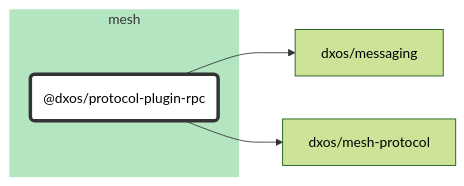
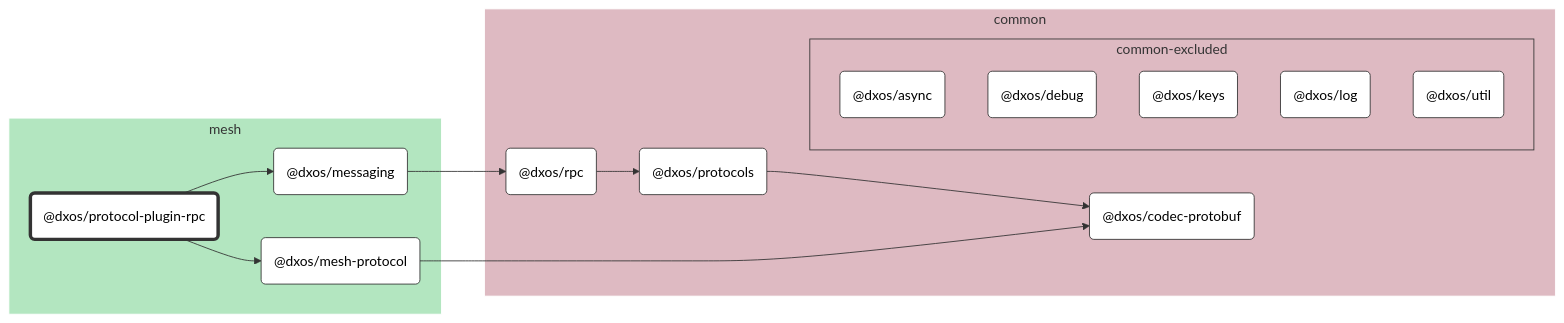
Before and after one commit to dxos/dxos: the diagram in packages/mesh/protocol-plugin-rpc/docs/README.md, drawn with Mermaid (forest theme). The commit also changed 69 other files, not shown here.

````diff
--- a/packages/mesh/protocol-plugin-rpc/docs/README.md
+++ b/packages/mesh/protocol-plugin-rpc/docs/README.md
@@ -7,22 +7,54 @@
 ```mermaid
 %%{ init: {'flowchart':{'curve':'basis'}} }%%
 
 flowchart LR
 
 %% Classes
 classDef def fill:#fff,stroke:#333,stroke-width:1px
 classDef root fill:#fff,stroke:#333,stroke-width:4px
 
 %% Nodes
 
 subgraph mesh [mesh]
   style mesh fill:#b3e6c0,stroke:#fff
   dxos/protocol-plugin-rpc("@dxos/protocol-plugin-rpc"):::root
   click dxos/protocol-plugin-rpc "dxos/dxos/tree/main/packages/mesh/protocol-plugin-rpc/docs"
+  dxos/messaging("@dxos/messaging"):::def
+  click dxos/messaging "dxos/dxos/tree/main/packages/mesh/messaging/docs"
+  dxos/mesh-protocol("@dxos/mesh-protocol"):::def
+  click dxos/mesh-protocol "dxos/dxos/tree/main/packages/mesh/mesh-protocol/docs"
+end
+
+subgraph common [common]
+  style common fill:#debac2,stroke:#fff
+  dxos/codec-protobuf("@dxos/codec-protobuf"):::def
+  click dxos/codec-protobuf "dxos/dxos/tree/main/packages/common/codec-protobuf/docs"
+  dxos/protocols("@dxos/protocols"):::def
+  click dxos/protocols "dxos/dxos/tree/main/packages/common/protocols/docs"
+  dxos/rpc("@dxos/rpc"):::def
+  click dxos/rpc "dxos/dxos/tree/main/packages/common/rpc/docs"
+
+  subgraph common-excluded [common-excluded]
+    style common-excluded fill:#debac2,stroke:#333,stroke-dashed:5 5
+    dxos/async("@dxos/async"):::def
+    click dxos/async "dxos/dxos/tree/main/packages/common/async/docs"
+    dxos/debug("@dxos/debug"):::def
+    click dxos/debug "dxos/dxos/tree/main/packages/common/debug/docs"
+    dxos/keys("@dxos/keys"):::def
+    click dxos/keys "dxos/dxos/tree/main/packages/common/keys/docs"
+    dxos/log("@dxos/log"):::def
+    click dxos/log "dxos/dxos/tree/main/packages/common/log/docs"
+    dxos/util("@dxos/util"):::def
+    click dxos/util "dxos/dxos/tree/main/packages/common/util/docs"
+  end
 end
 
 %% Links
 linkStyle default stroke:#333,stroke-width:1px
 dxos/protocol-plugin-rpc --> dxos/messaging
+dxos/protocols --> dxos/codec-protobuf
+dxos/messaging --> dxos/rpc
+dxos/rpc --> dxos/protocols
 dxos/protocol-plugin-rpc --> dxos/mesh-protocol
+dxos/mesh-protocol --> dxos/codec-protobuf
 ```
````
